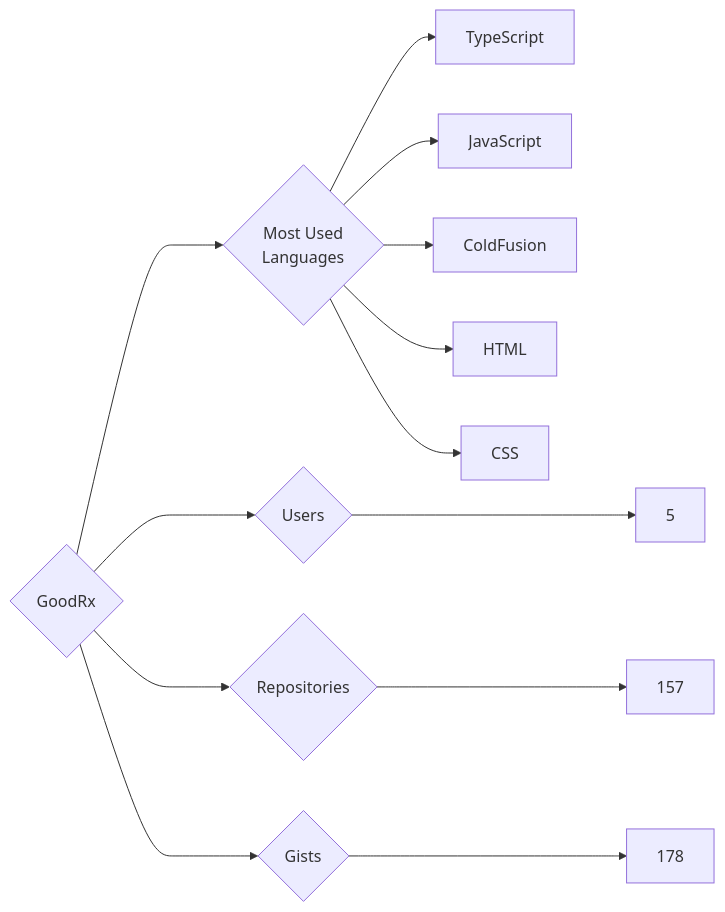
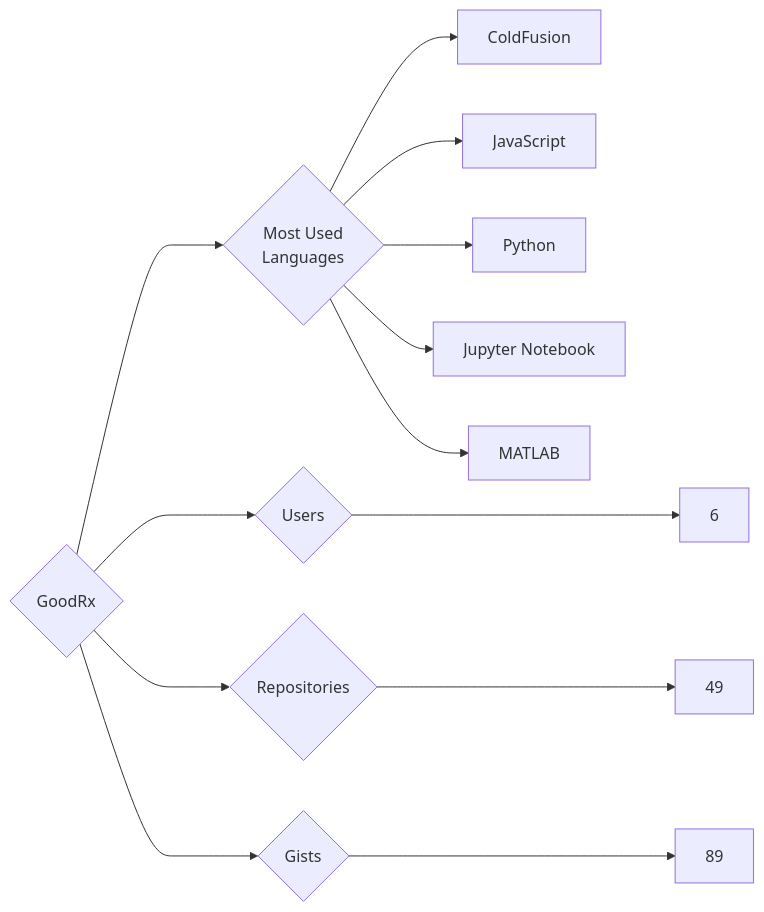
One commit to trickest/insiders changed the diagram in targets/GoodRx/README.md. Above: the diagram before and after it, drawn with Mermaid. The commit also changed 1148 other files, not shown here.

````diff
--- a/targets/GoodRx/README.md
+++ b/targets/GoodRx/README.md
@@ -3,13 +3,13 @@
 ```mermaid
 graph LR
 COMPANY_NAME{GoodRx}
-COMPANY_NAME ---> U{Users} ---> UN[5]
-COMPANY_NAME ---> R{Repositories} ---> RN[157]
-COMPANY_NAME ---> G{Gists} ---> GN[178]
+COMPANY_NAME ---> U{Users} ---> UN[6]
+COMPANY_NAME ---> R{Repositories} ---> RN[49]
+COMPANY_NAME ---> G{Gists} ---> GN[89]
 COMPANY_NAME ---> ML{Most Used<br>Languages}
-ML --> TypeScript[TypeScript]
+ML --> ColdFusion[ColdFusion]
 ML --> JavaScript[JavaScript]
-ML --> ColdFusion[ColdFusion]
-ML --> HTML[HTML]
-ML --> CSS[CSS]
+ML --> Python[Python]
+ML --> Jupyter_Notebook[Jupyter Notebook]
+ML --> MATLAB[MATLAB]
 ```
````
